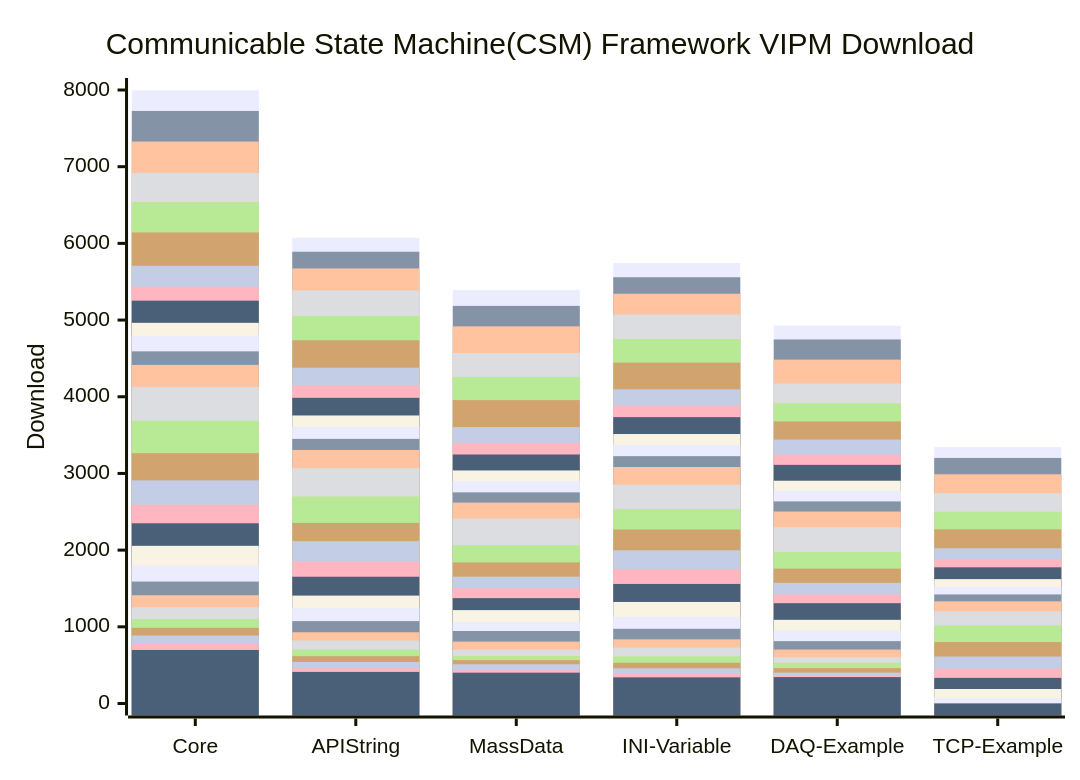
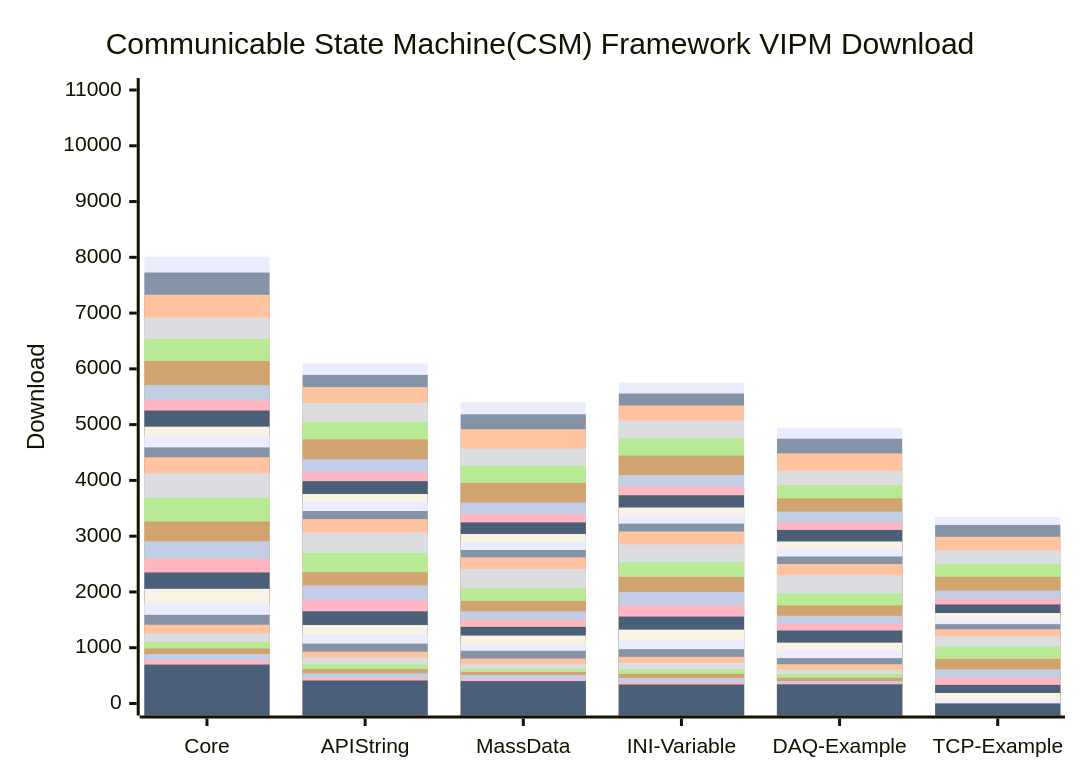
One commit to NEVSTOP-LAB/.github changed the diagram in profile/README.md. Above: the diagram before and after it, drawn with Mermaid. The commit also changed 2 other files, not shown here.

Commit message:
chore: update profile README

````diff
--- a/profile/README.md
+++ b/profile/README.md
@@ -42,35 +42,35 @@
 ```mermaid
     xychart-beta
     title "Communicable State Machine(CSM) Framework VIPM Download"
     x-axis [Core, API String, MassData, INI-Variable, DAQ-Example, TCP-Example]
-    y-axis "Download" 0 --> 8000
-    bar   [7995, 6074, 5389, 5743, 4927, 3344, 2026.09]
+    y-axis "Download" 0 --> 11000
+    bar   [8009, 6096, 5401, 5753, 4942, 3350, 2026.09]
     bar   [7727, 5891, 5185, 5558, 4747, 3202, 2026.08]
     bar   [7328, 5673, 4918, 5343, 4484, 2989, 2026.07]
     bar   [6917, 5388, 4570, 5071, 4173, 2742, 2026.06]
     bar   [6538, 5050, 4260, 4752, 3914, 2501, 2026.05]
     bar   [6142, 4736, 3956, 4445, 3678, 2271, 2026.04]
     bar   [5708, 4379, 3605, 4097, 3441, 2024, 2026.03]
     bar   [5434, 4148, 3395, 3884, 3246, 1876, 2026.02]
     bar   [5253, 3986, 3247, 3734, 3112, 1776, 2026.01]
     bar   [4964, 3756, 3039, 3514, 2905, 1622, 2025.12]
     bar   [4792, 3609, 2900, 3371, 2773, 1521, 2025.11]
     bar   [4592, 3451, 2753, 3225, 2635, 1422, 2025.10]
     bar   [4415, 3306, 2620, 3084, 2503, 1332, 2025.09]
     bar   [4128, 3068, 2411, 2852, 2298, 1203, 2025.08]
     bar   [3687, 2699, 2064, 2533, 1974, 1019, 2025.07]
     bar   [3264, 2355, 1840, 2269, 1759, 801, 2025.06]
     bar   [2910, 2117, 1654, 1998, 1573, 612, 2025.05]
     bar   [2593, 1851, 1503, 1753, 1423, 454, 2025.04]
     bar   [2350, 1653, 1374, 1559, 1308, 334, 2025.03]
     bar   [2056, 1407, 1218, 1324, 1091, 189, 2025.02]
     bar   [1797, 1241, 1061, 1128, 951, 72, 2025.01]
     bar   [1590, 1074, 945, 974, 813, 0, 2024.12]
     bar   [1412, 929, 807, 837, 704, 0, 2024.11]
     bar   [1255, 821, 703, 730, 604, 0, 2024.10]
     bar   [1101, 703, 621, 615, 532, 0, 2024.09]
     bar   [987, 617, 565, 531, 461, 0, 2024.08]
     bar   [887, 541, 512, 459, 402, 0, 2024.07]
     bar   [776, 459, 435, 387, 369, 0, 2024.06]
     bar   [698, 412, 402, 341, 344, 0, 2024.05]
 ```
````
